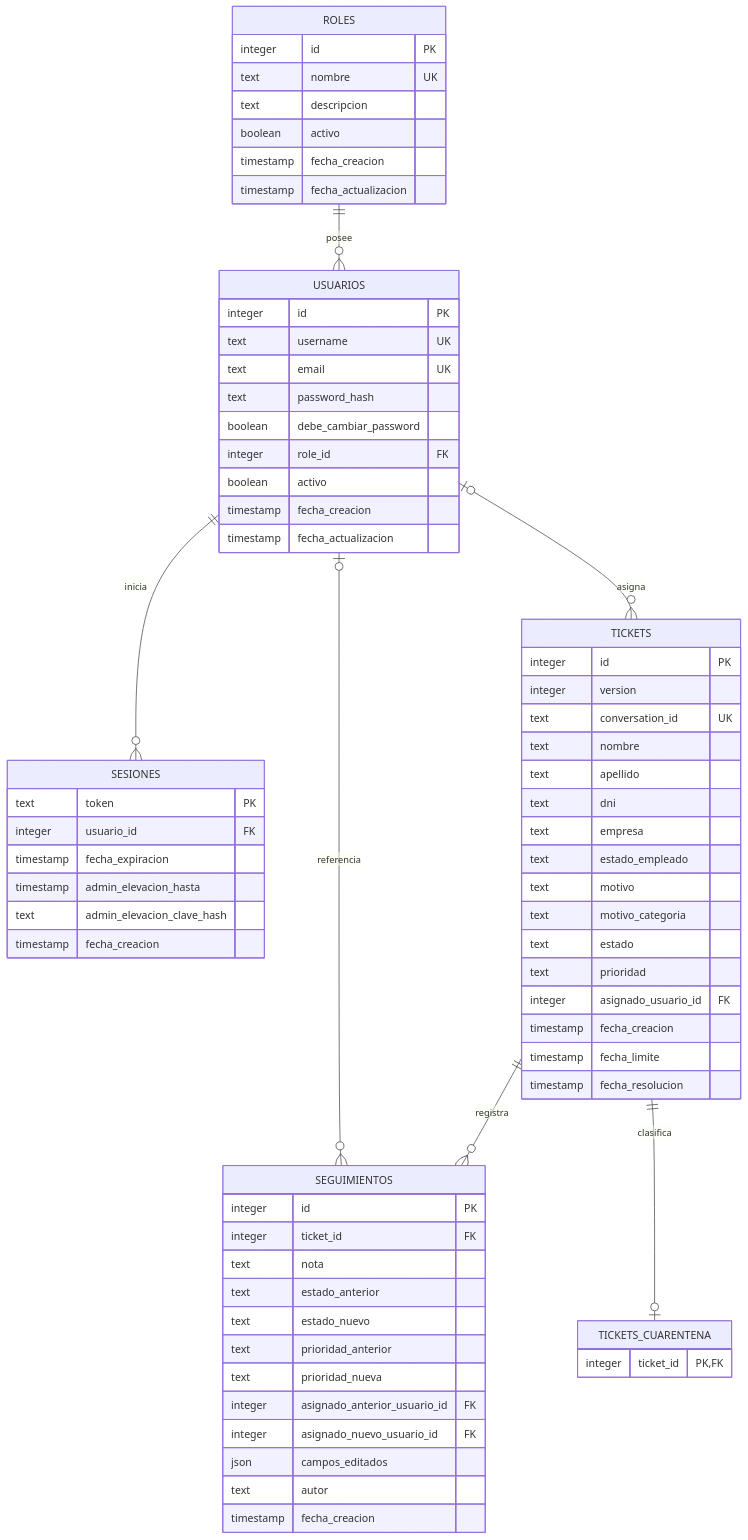
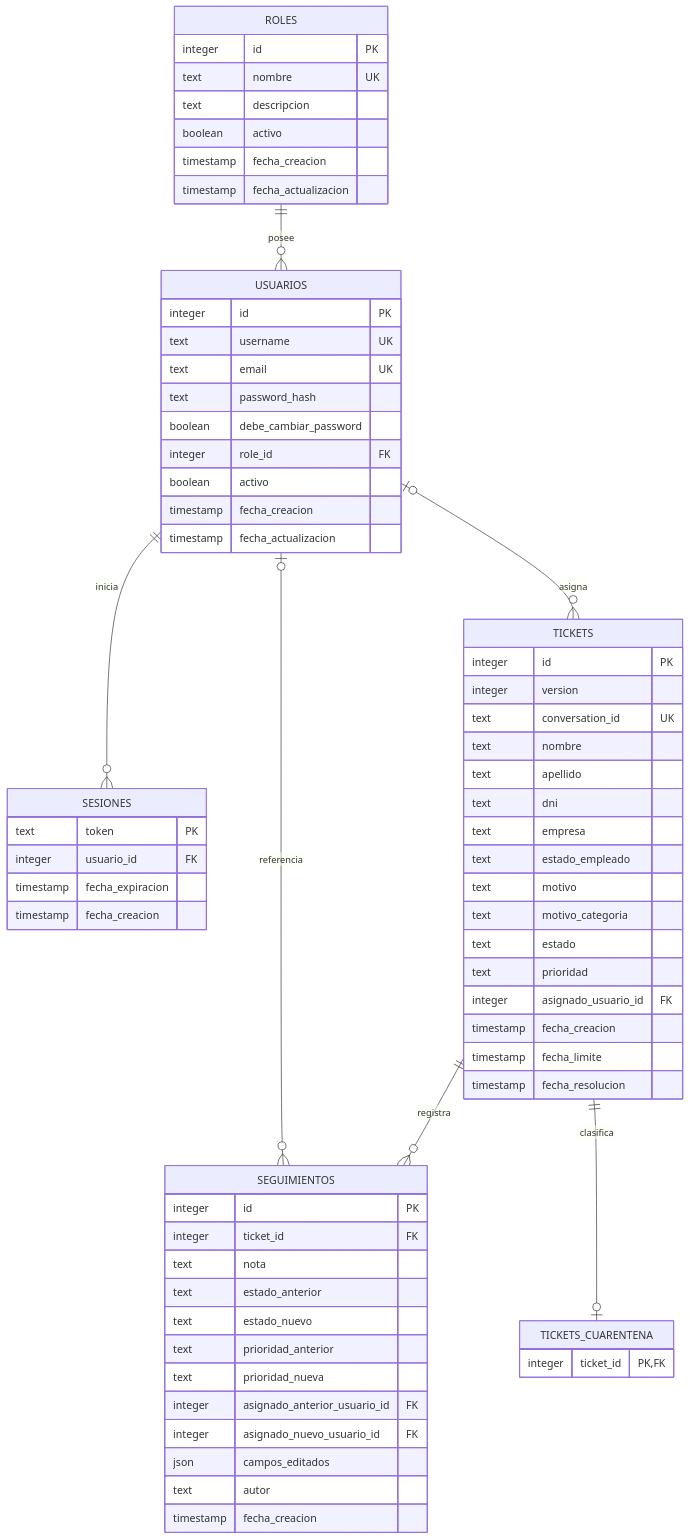
The eighth of 12 diagrams in docs/ARQUITECTURA.MD (marianoLaclau/ticketsAdmin), drawn with Mermaid before and after one commit. The commit also changed other lines of this file and 11 other files, not shown here.

````diff
--- a/docs/ARQUITECTURA.MD
+++ b/docs/ARQUITECTURA.MD
@@ -255,72 +255,70 @@
 ```mermaid
 erDiagram
     ROLES ||--o{ USUARIOS : posee
     USUARIOS ||--o{ SESIONES : inicia
     USUARIOS o|--o{ TICKETS : asigna
     USUARIOS o|--o{ SEGUIMIENTOS : referencia
     TICKETS ||--o{ SEGUIMIENTOS : registra
     TICKETS ||--o| TICKETS_CUARENTENA : clasifica
 
     ROLES {
         integer id PK
         text nombre UK
         text descripcion
         boolean activo
         timestamp fecha_creacion
         timestamp fecha_actualizacion
     }
     USUARIOS {
         integer id PK
         text username UK
         text email UK
         text password_hash
         boolean debe_cambiar_password
         integer role_id FK
         boolean activo
         timestamp fecha_creacion
         timestamp fecha_actualizacion
     }
     SESIONES {
         text token PK
         integer usuario_id FK
         timestamp fecha_expiracion
-        timestamp admin_elevacion_hasta
-        text admin_elevacion_clave_hash
         timestamp fecha_creacion
     }
     TICKETS {
         integer id PK
         integer version
         text conversation_id UK
         text nombre
         text apellido
         text dni
         text empresa
         text estado_empleado
         text motivo
         text motivo_categoria
         text estado
         text prioridad
         integer asignado_usuario_id FK
         timestamp fecha_creacion
         timestamp fecha_limite
         timestamp fecha_resolucion
     }
     SEGUIMIENTOS {
         integer id PK
         integer ticket_id FK
         text nota
         text estado_anterior
         text estado_nuevo
         text prioridad_anterior
         text prioridad_nueva
         integer asignado_anterior_usuario_id FK
         integer asignado_nuevo_usuario_id FK
         json campos_editados
         text autor
         timestamp fecha_creacion
     }
     TICKETS_CUARENTENA {
         integer ticket_id PK, FK
     }
 ```
````
